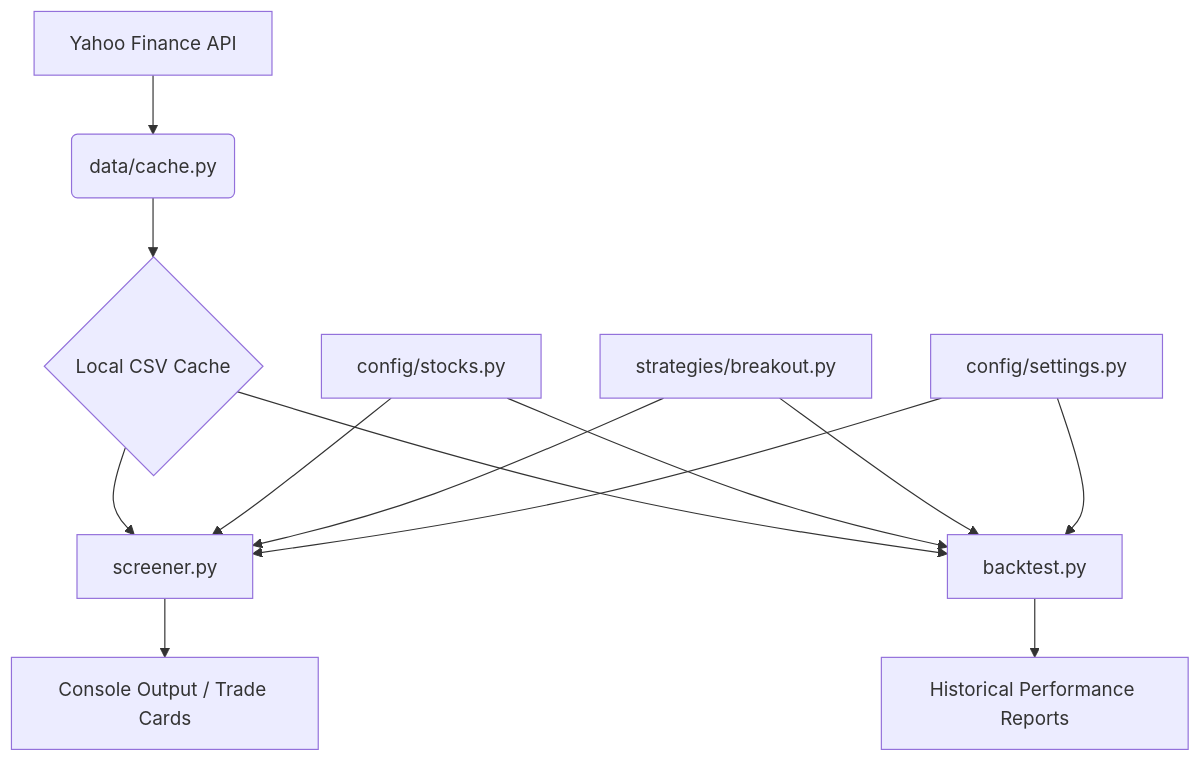
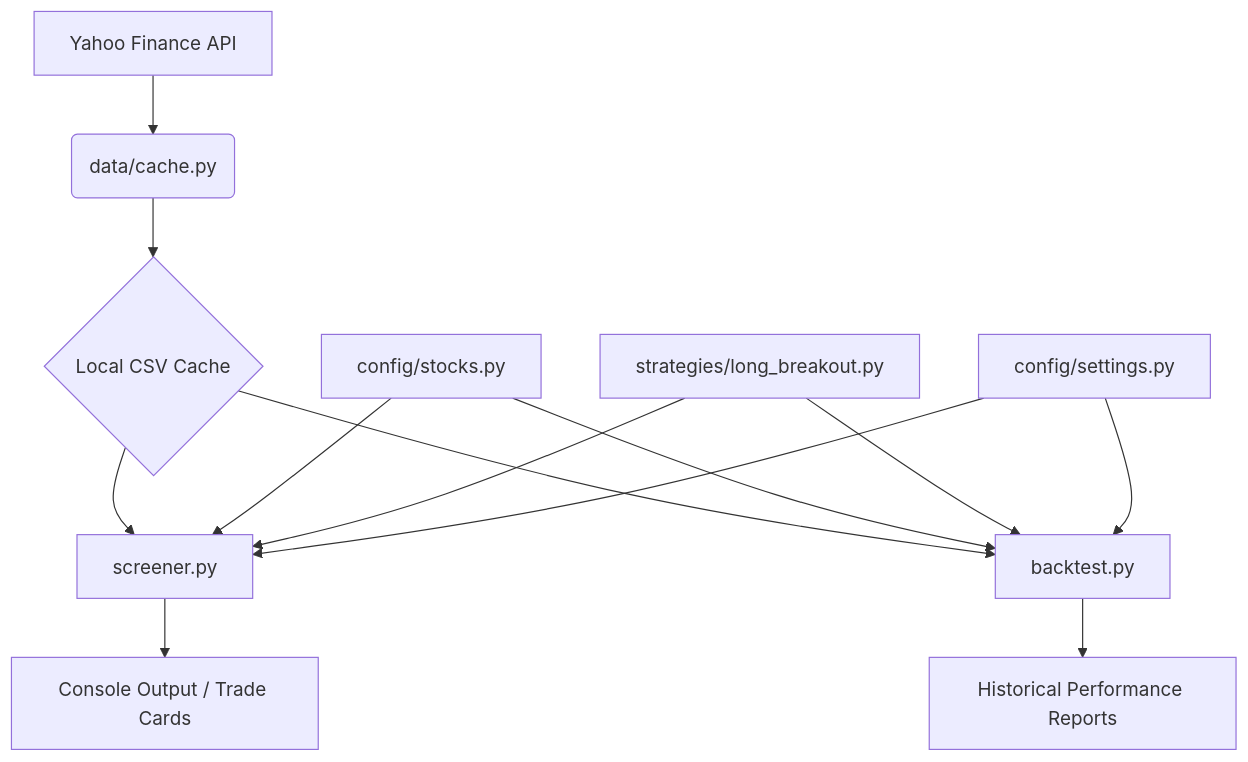
The diagram in docs/architecture.md (harsh1201/swing-trading-system), drawn with Mermaid before and after one commit. The commit also changed other lines of this file and 5 other files, not shown here.

Commit message:
refactor: Rename the breakout strategy to long_breakout, updating screener, backtest, and documentation to use the new strategy.

````diff
--- a/docs/architecture.md
+++ b/docs/architecture.md
@@ -40,15 +40,15 @@
 ```mermaid
 graph TD
     A[Yahoo Finance API] --> B(data/cache.py)
     B --> C{Local CSV Cache}
     C --> D[screener.py]
     C --> E[backtest.py]
     F[config/stocks.py] --> D
     F --> E
-    G[strategies/breakout.py] --> D
+    G[strategies/long_breakout.py] --> D
     G --> E
     H[config/settings.py] --> D
     H --> E
     D --> I[Console Output / Trade Cards]
     E --> J[Historical Performance Reports]
 ```
````
